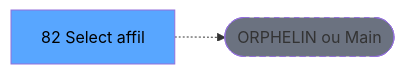
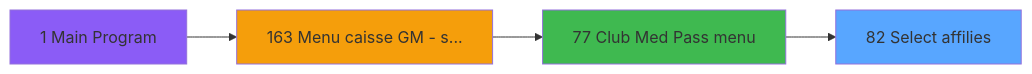
The second of 3 diagrams in .openspec/specs/ADH-IDE-82.md (thonyAGP/magic-migration), drawn with Mermaid before and after one commit. The commit also changed other lines of this file and 253 other files, not shown here.

````diff
--- a/.openspec/specs/ADH-IDE-82.md
+++ b/.openspec/specs/ADH-IDE-82.md
@@ -119,8 +780,14 @@
 ```mermaid
 graph LR
-    T[82    Select affil]
-    ORPHAN([ORPHELIN ou Main])
-    T -.-> ORPHAN
-    style T fill:#58a6ff,color:#000
-    style ORPHAN fill:#6b7280,stroke-dasharray: 5 5
+    T82[82 Select affilies]
+    style T82 fill:#58a6ff
+    CC1[1 Main Program]
+    style CC1 fill:#8b5cf6
+    CC163[163 Menu caisse GM - s...]
+    style CC163 fill:#f59e0b
+    CC77[77 Club Med Pass menu]
+    style CC77 fill:#3fb950
+    CC163 --> CC77
+    CC1 --> CC163
+    CC77 --> T82
 ```
````
